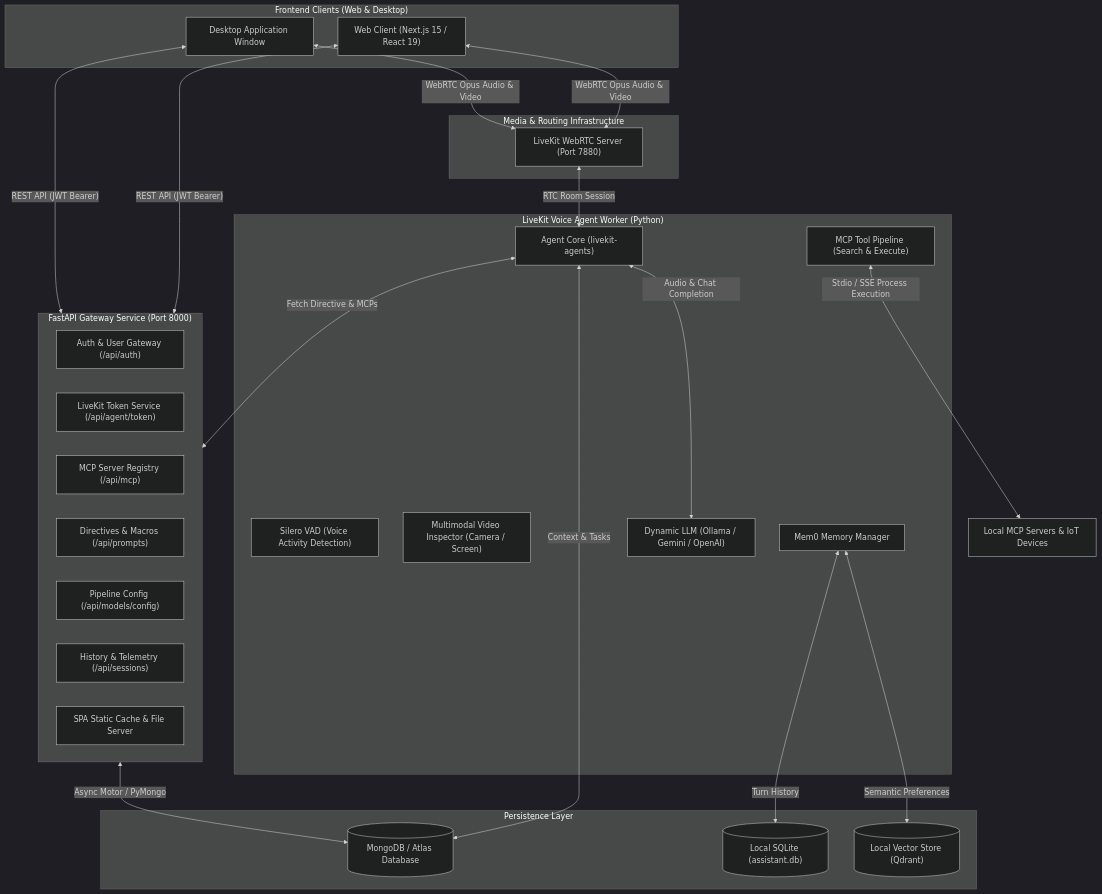
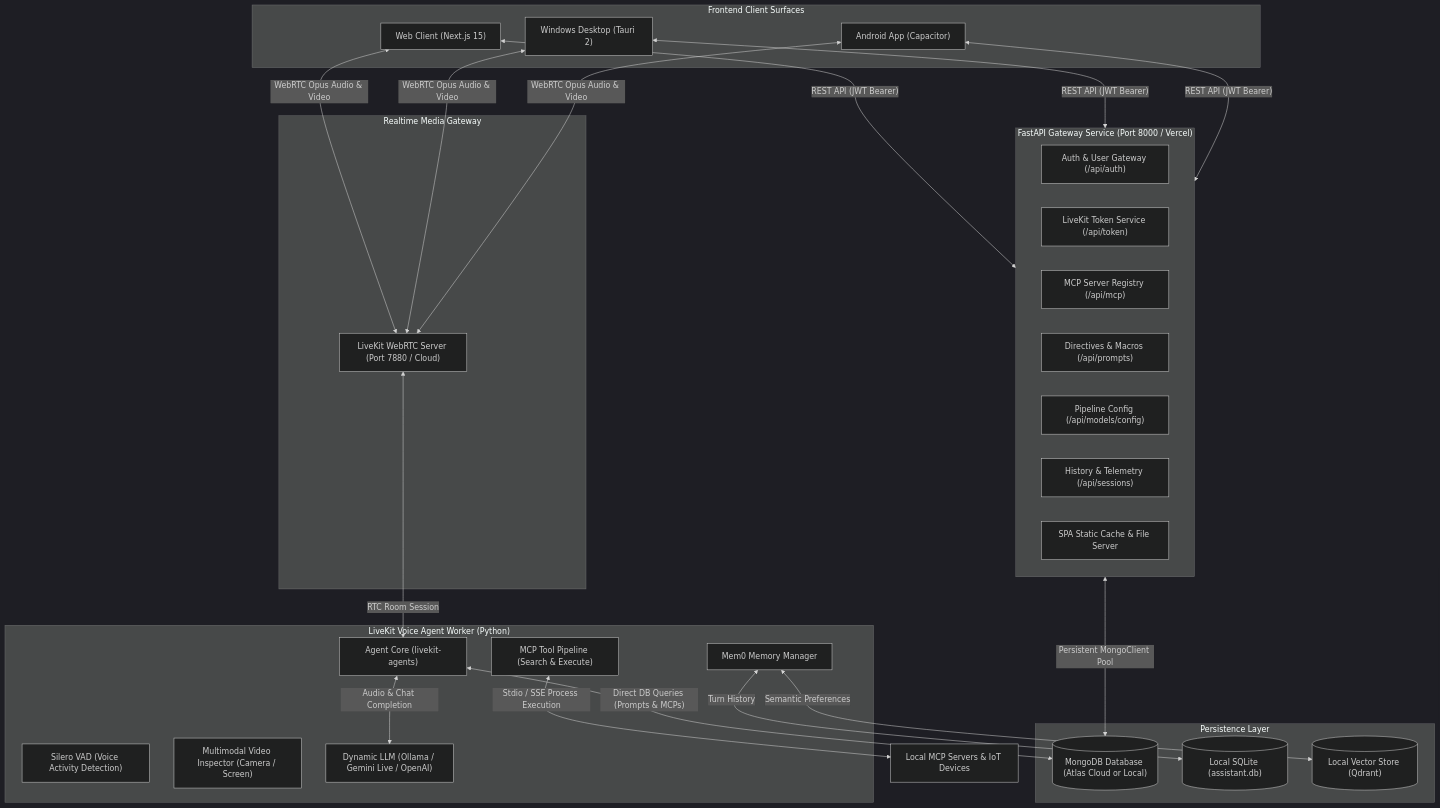
The diagram in docs/project-overview.md (arpanchakraborty23/Exia), drawn with Mermaid (dark theme) before and after one commit. The commit also changed other lines of this file and 10 other files, not shown here.

First line of the commit message:
Refactor Exia build and deployment scripts for Android and Windows clients

````diff
--- a/docs/project-overview.md
+++ b/docs/project-overview.md
@@ -63,51 +61,54 @@
 ```mermaid
 flowchart TD
-    subgraph Clients["Frontend Clients (Web & Desktop)"]
-        Web["Web Client (Next.js 15 / React 19)"]
-        Desktop["Desktop Application Window"]
+    subgraph Clients["Frontend Client Surfaces"]
+        Web["Web Client (Next.js 15)"]
+        Desktop["Windows Desktop (Tauri 2)"]
+        Android["Android App (Capacitor)"]
     end
 
-    subgraph Infrastructure["Media & Routing Infrastructure"]
-        LiveKit["LiveKit WebRTC Server (Port 7880)"]
+    subgraph MediaServer["Realtime Media Gateway"]
+        LiveKit["LiveKit WebRTC Server (Port 7880 / Cloud)"]
     end
 
-    subgraph BackendGateway["FastAPI Gateway Service (Port 8000)"]
+    subgraph BackendGateway["FastAPI Gateway Service (Port 8000 / Vercel)"]
         AuthRoute["Auth & User Gateway (/api/auth)"]
-        TokenRoute["LiveKit Token Service (/api/agent/token)"]
+        TokenRoute["LiveKit Token Service (/api/token)"]
         MCPRoute["MCP Server Registry (/api/mcp)"]
         PromptRoute["Directives & Macros (/api/prompts)"]
         ModelRoute["Pipeline Config (/api/models/config)"]
         SessionRoute["History & Telemetry (/api/sessions)"]
         StaticServe["SPA Static Cache & File Server"]
     end
 
     subgraph DataStorage["Persistence Layer"]
-        MongoDB[("MongoDB / Atlas Database")]
+        MongoDB[("MongoDB Database (Atlas Cloud or Local)")]
         SQLiteDB[("Local SQLite (assistant.db)")]
         VectorStore[("Local Vector Store (Qdrant)")]
     end
 
     subgraph VoiceWorker["LiveKit Voice Agent Worker (Python)"]
         AgentCore["Agent Core (livekit-agents)"]
         VAD["Silero VAD (Voice Activity Detection)"]
         VisionMod["Multimodal Video Inspector (Camera / Screen)"]
         Mem0Engine["Mem0 Memory Manager"]
         MCPClient["MCP Tool Pipeline (Search & Execute)"]
-        LLMEngine["Dynamic LLM (Ollama / Gemini / OpenAI)"]
+        LLMEngine["Dynamic LLM (Ollama / Gemini Live / OpenAI)"]
     end
 
     Web <-->|"WebRTC Opus Audio & Video"| LiveKit
     Desktop <-->|"WebRTC Opus Audio & Video"| LiveKit
+    Android <-->|"WebRTC Opus Audio & Video"| LiveKit
+
     Web <-->|"REST API (JWT Bearer)"| BackendGateway
     Desktop <-->|"REST API (JWT Bearer)"| BackendGateway
+    Android <-->|"REST API (JWT Bearer)"| BackendGateway
 
-    BackendGateway <-->|"Async Motor / PyMongo"| MongoDB
+    BackendGateway <-->|"Persistent MongoClient Pool"| MongoDB
     
     LiveKit <-->|"RTC Room Session"| AgentCore
-    AgentCore <-->|"Fetch Directive & MCPs"| BackendGateway
-    AgentCore <-->|"Context & Tasks"| MongoDB
+    AgentCore <-->|"Direct DB Queries (Prompts & MCPs)"| MongoDB
     Mem0Engine <-->|"Semantic Preferences"| VectorStore
     Mem0Engine <-->|"Turn History"| SQLiteDB
     MCPClient <-->|"Stdio / SSE Process Execution"| ExternalTools["Local MCP Servers & IoT Devices"]
     AgentCore <-->|"Audio & Chat Completion"| LLMEngine
 ```
````
